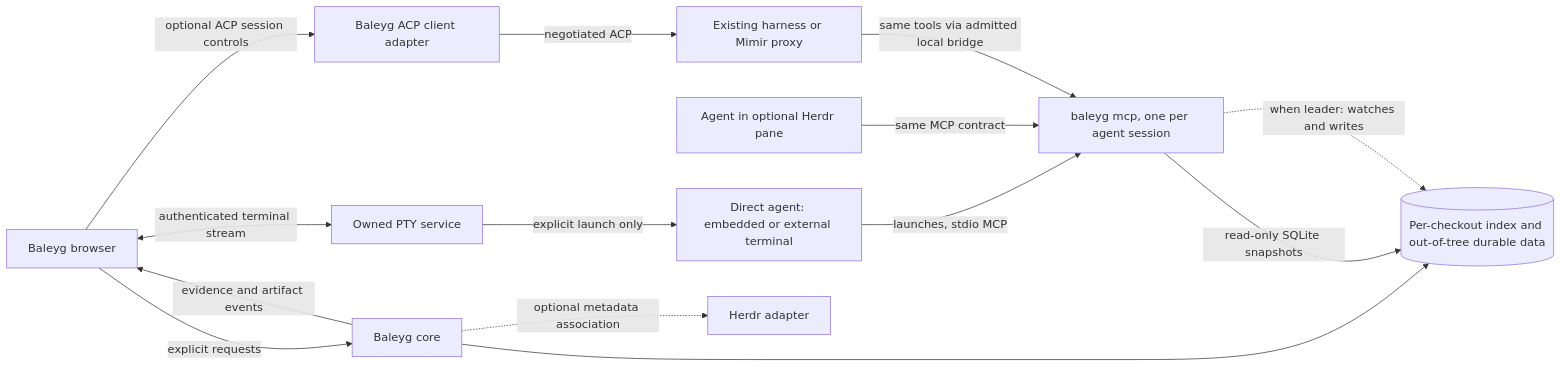
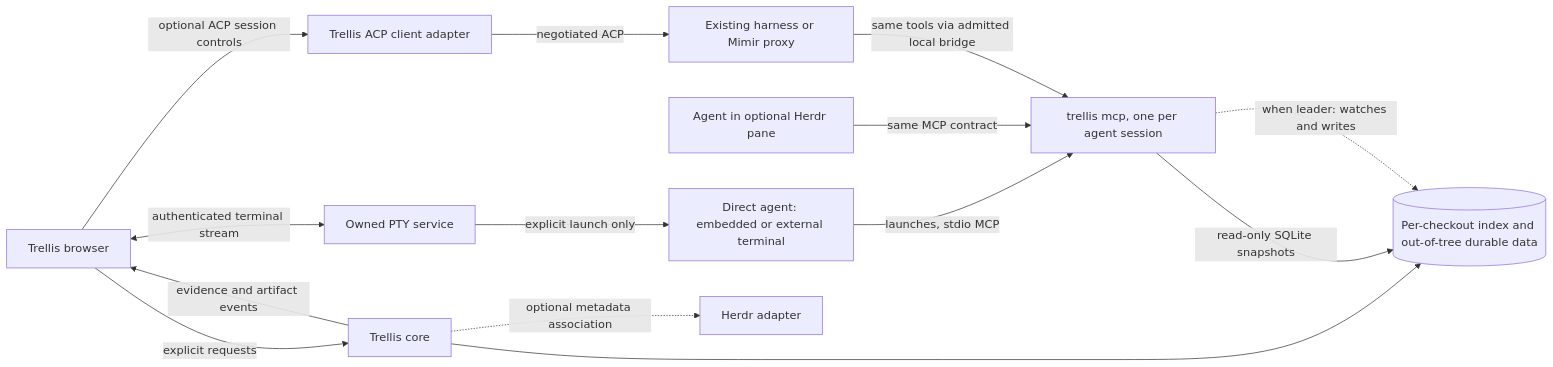
The diagram in SPEC.md (jasoncarreira/baleyg), drawn with Mermaid before and after one commit. The commit also changed other lines of this file and 246 other files, not shown here.

First line of the commit message:
chore: rename Baleyg to Trellis (#125)

````diff
--- a/SPEC.md
+++ b/SPEC.md
@@ -232,16 +232,16 @@
 ```mermaid
 flowchart LR
-  UI[Baleyg browser] -->|explicit requests| CORE[Baleyg core]
+  UI[Trellis browser] -->|explicit requests| CORE[Trellis core]
   CORE -->|evidence and artifact events| UI
   CORE --> M[(Per-checkout index and out-of-tree durable data)]
-  DIRECT[Direct agent: embedded or external terminal] -->|launches, stdio MCP| MCP[baleyg mcp, one per agent session]
+  DIRECT[Direct agent: embedded or external terminal] -->|launches, stdio MCP| MCP[trellis mcp, one per agent session]
   UI <-->|authenticated terminal stream| PTY[Owned PTY service]
   PTY -->|explicit launch only| DIRECT
   HERDR[Agent in optional Herdr pane] -->|same MCP contract| MCP
-  UI -->|optional ACP session controls| ACP[Baleyg ACP client adapter]
+  UI -->|optional ACP session controls| ACP[Trellis ACP client adapter]
   ACP -->|negotiated ACP| HARNESS[Existing harness or Mimir proxy]
   HARNESS -->|same tools via admitted local bridge| MCP
   MCP -->|read-only SQLite snapshots| M
   MCP -. when leader: watches and writes .-> M
   CORE -. optional metadata association .-> HM[Herdr adapter]
 ```
````
